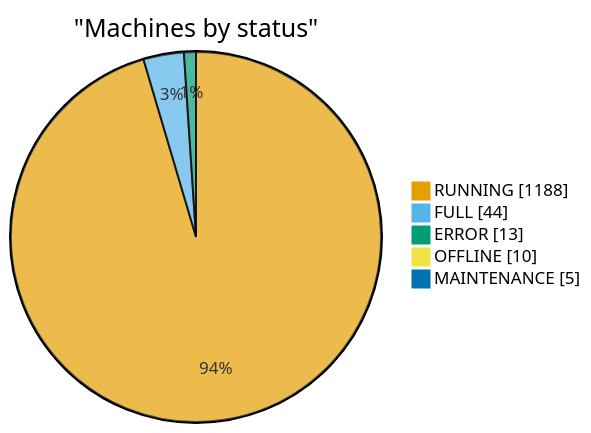
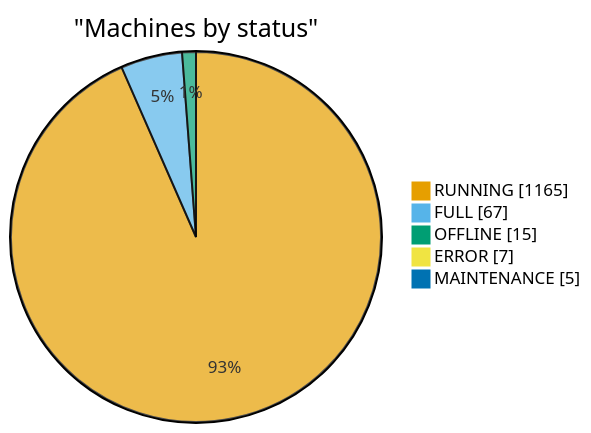
Before and after one commit to cheeaun/returnright-data: the first of 7 diagrams in ANALYSIS.md, drawn with Mermaid. The commit also changed other lines of this file and 3 other files, not shown here.

````diff
--- a/ANALYSIS.md
+++ b/ANALYSIS.md
@@ -16,21 +16,21 @@
 ```mermaid
 ---
 config:
   themeVariables:
     pie1: "#E69F00"
     pie2: "#56B4E9"
     pie3: "#009E73"
     pie4: "#F0E442"
     pie5: "#0072B2"
     pie6: "#D55E00"
     pie7: "#CC79A7"
     pie8: "#999999"
 ---
 pie showData
     title "Machines by status"
-    "RUNNING": 1188
-    "FULL": 44
-    "ERROR": 13
-    "OFFLINE": 10
+    "RUNNING": 1165
+    "FULL": 67
+    "OFFLINE": 15
+    "ERROR": 7
     "MAINTENANCE": 5
 ```
````
